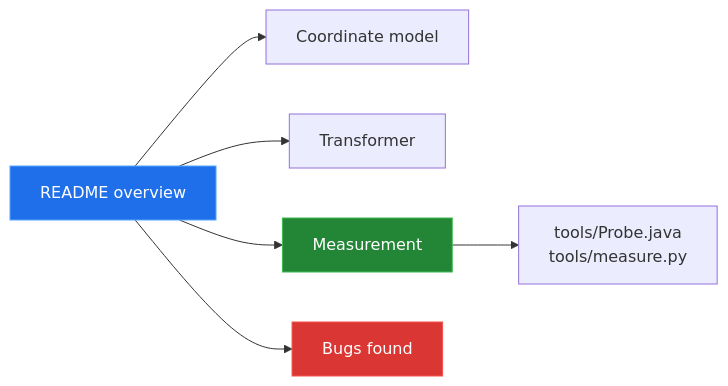
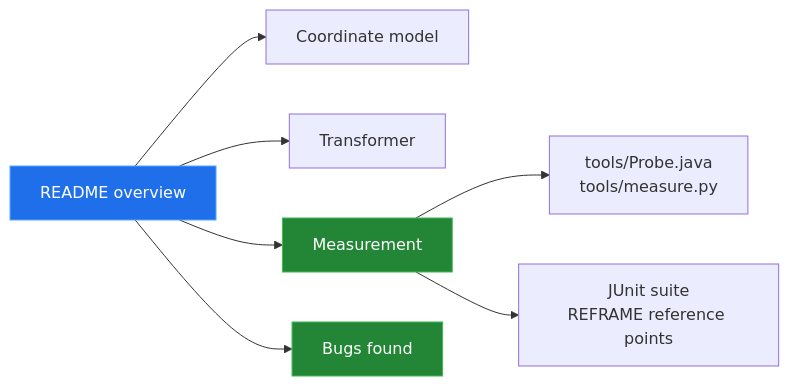
The diagram in docs/README.md (Bissbert/SwissToWGS4j), drawn with Mermaid before and after one commit. The commit also changed other lines of this file and 7 other files, not shown here.

First line of the commit message:
docs: mark bugs 4 and 5 fixed, report REFRAME accuracy and the test suite

````diff
--- a/docs/README.md
+++ b/docs/README.md
@@ -15,12 +15,13 @@
 ```mermaid
 flowchart LR
     R["README overview"] --> C["Coordinate model"]
     R --> T["Transformer"]
     R --> M["Measurement"]
     R --> B["Bugs found"]
     M --> P["tools/Probe.java<br/>tools/measure.py"]
+    M --> U["JUnit suite<br/>REFRAME reference points"]
 
     style R fill:#1f6feb,stroke:#58a6ff,color:#fff
     style M fill:#238636,stroke:#3fb950,color:#fff
-    style B fill:#da3633,stroke:#f85149,color:#fff
+    style B fill:#238636,stroke:#3fb950,color:#fff
 ```
````
